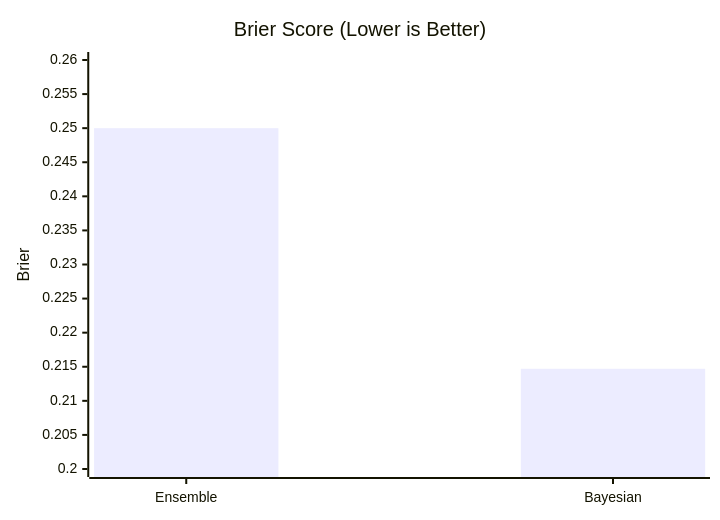
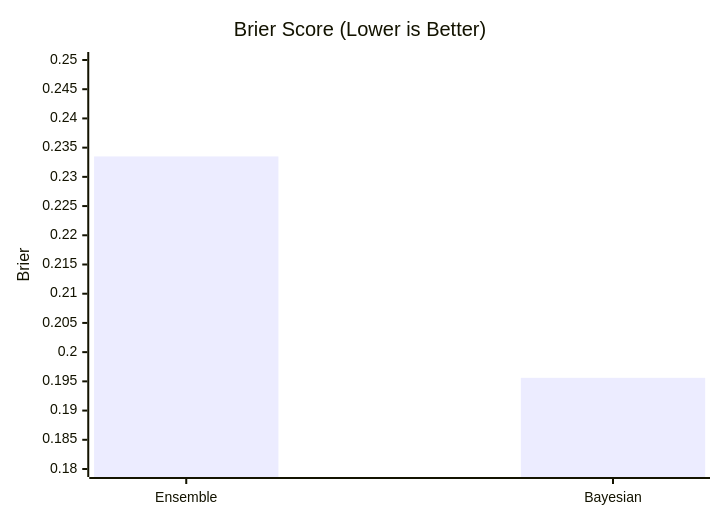
One commit to shawalkhan1/Quant_Task changed the third of 3 diagrams in PROJECT_REPORT.md. Above: the diagram before and after it, drawn with Mermaid. The commit also changed other lines of this file and 27 other files, not shown here.

````diff
--- a/PROJECT_REPORT.md
+++ b/PROJECT_REPORT.md
@@ -84,7 +86,7 @@
 ```mermaid
 xychart-beta
 	title "Brier Score (Lower is Better)"
 	x-axis [Ensemble, Bayesian]
-	y-axis "Brier" 0.20 --> 0.26
-	bar [0.25, 0.2147]
+	y-axis "Brier" 0.18 --> 0.25
+	bar [0.2335, 0.1956]
 ```
````
